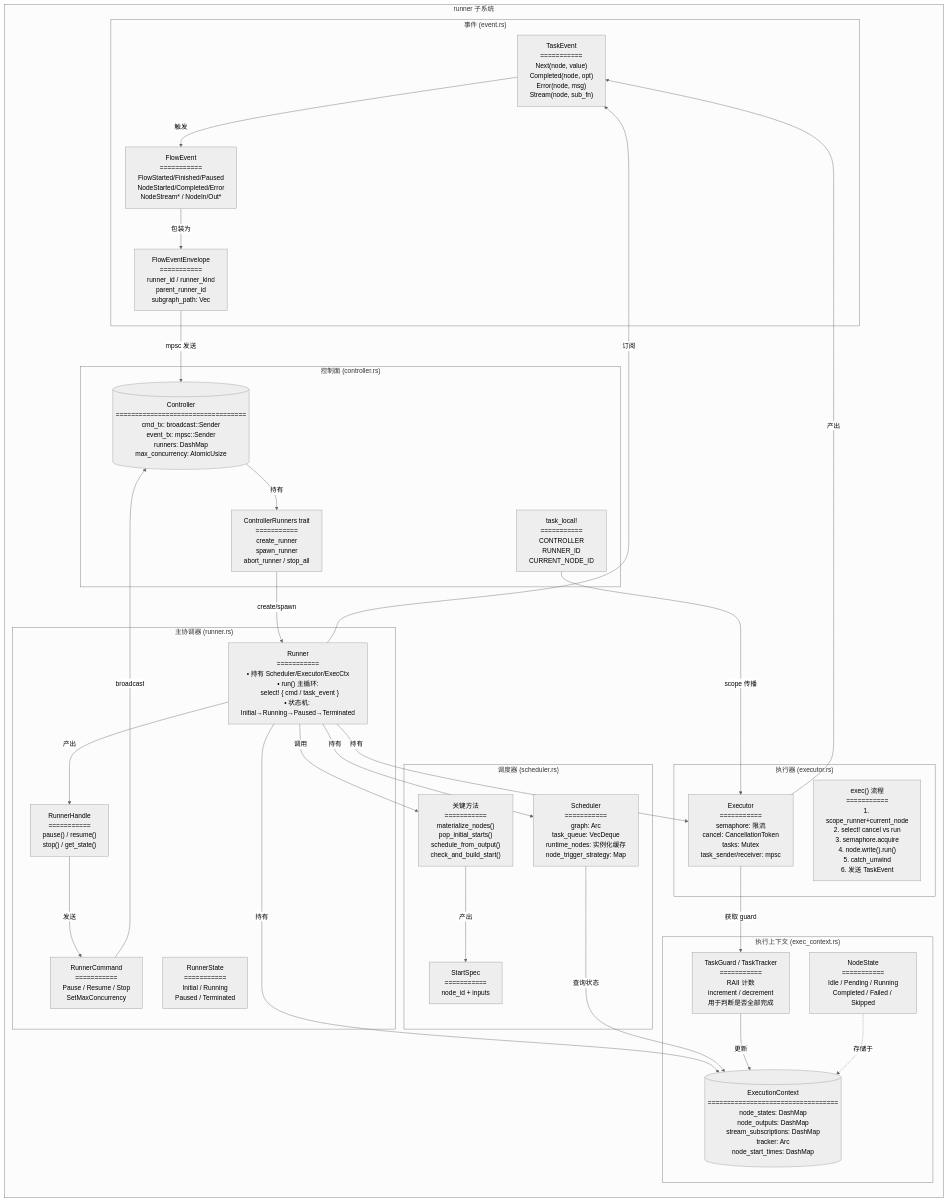
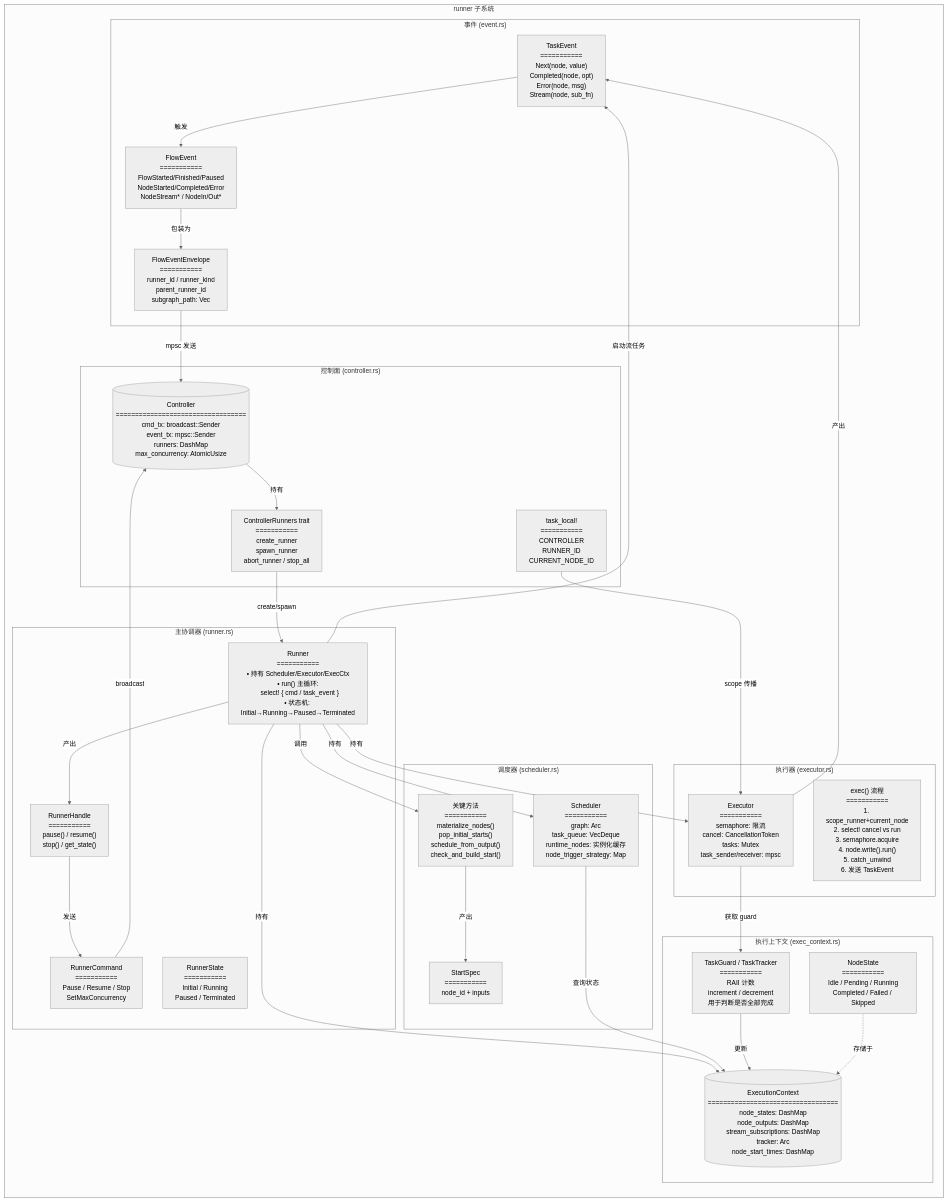
Before and after one commit to lzcers/ksana-flow-rs: the fourth of 7 diagrams in flow/ARCHITECTURE.md, drawn with Mermaid (neutral theme). The commit also changed other lines of this file and 25 other files, not shown here.

````diff
--- a/flow/ARCHITECTURE.md
+++ b/flow/ARCHITECTURE.md
@@ -186,63 +178,63 @@
 ```mermaid
 flowchart TB
     subgraph "runner 子系统"
         direction TB
 
         subgraph "控制面 (controller.rs)"
             Controller[("Controller<br/>==================================<br/>cmd_tx: broadcast::Sender<br/>event_tx: mpsc::Sender<br/>runners: DashMap<RunnerId, RunnerRecord><br/>max_concurrency: AtomicUsize")]
             CtrlRunners["ControllerRunners trait<br/>===========<br/>create_runner<br/>spawn_runner<br/>abort_runner / stop_all"]
             TaskLocal["task_local!<br/>===========<br/>CONTROLLER<br/>RUNNER_ID<br/>CURRENT_NODE_ID"]
         end
 
         subgraph "主协调器 (runner.rs)"
             Runner["Runner<br/>===========<br/>• 持有 Scheduler/Executor/ExecCtx<br/>• run() 主循环:<br/>  select! { cmd / task_event }<br/>• 状态机: Initial→Running→Paused→Terminated"]
             Handle["RunnerHandle<br/>===========<br/>pause() / resume()<br/>stop() / get_state()"]
             RunnerState["RunnerState<br/>===========<br/>Initial / Running<br/>Paused / Terminated"]
             RunnerCmd["RunnerCommand<br/>===========<br/>Pause / Resume / Stop<br/>SetMaxConcurrency"]
         end
 
         subgraph "调度器 (scheduler.rs)"
             Scheduler["Scheduler<br/>===========<br/>graph: Arc<Graph><br/>task_queue: VecDeque<br/>runtime_nodes: 实例化缓存<br/>node_trigger_strategy: Map"]
             SchedFns["关键方法<br/>===========<br/>materialize_nodes()<br/>pop_initial_starts()<br/>schedule_from_output()<br/>check_and_build_start()"]
             StartSpec["StartSpec<br/>===========<br/>node_id + inputs"]
         end
 
         subgraph "执行器 (executor.rs)"
             Executor["Executor<br/>===========<br/>semaphore: 限流<br/>cancel: CancellationToken<br/>tasks: Mutex<JoinSet><br/>task_sender/receiver: mpsc"]
             ExecFlow["exec() 流程<br/>===========<br/>1. scope_runner+current_node<br/>2. select! cancel vs run<br/>3. semaphore.acquire<br/>4. node.write().run()<br/>5. catch_unwind<br/>6. 发送 TaskEvent"]
         end
 
         subgraph "执行上下文 (exec_context.rs)"
             ExecCtx[("ExecutionContext<br/>==================================<br/>node_states: DashMap<br/>node_outputs: DashMap<br/>stream_subscriptions: DashMap<br/>tracker: Arc<TaskTracker><br/>node_start_times: DashMap")]
             NodeState["NodeState<br/>===========<br/>Idle / Pending / Running<br/>Completed / Failed / Skipped"]
             TaskGuard["TaskGuard / TaskTracker<br/>===========<br/>RAII 计数<br/>increment / decrement<br/>用于判断是否全部完成"]
         end
 
         subgraph "事件 (event.rs)"
             TaskEvt["TaskEvent<br/>===========<br/>Next(node, value)<br/>Completed(node, opt)<br/>Error(node, msg)<br/>Stream(node, sub_fn)"]
             FlowEvt["FlowEvent<br/>===========<br/>FlowStarted/Finished/Paused<br/>NodeStarted/Completed/Error<br/>NodeStream* / NodeIn/Out*"]
             Envelope["FlowEventEnvelope<br/>===========<br/>runner_id / runner_kind<br/>parent_runner_id<br/>subgraph_path: Vec<SubgraphFrame>"]
         end
     end
 
     Controller -->|持有| CtrlRunners
     CtrlRunners -->|create/spawn| Runner
     Runner -->|持有| Scheduler
     Runner -->|持有| Executor
     Runner -->|持有| ExecCtx
     Runner -->|产出| Handle
     Handle -->|发送| RunnerCmd
     RunnerCmd -->|broadcast| Controller
-    Runner -->|订阅| TaskEvt
+    Runner -->|启动流任务| TaskEvt
     Executor -->|产出| TaskEvt
     TaskEvt -->|触发| FlowEvt
     FlowEvt -->|包装为| Envelope
     Envelope -->|mpsc 发送| Controller
     Runner -->|调用| SchedFns
     SchedFns -->|产出| StartSpec
     Scheduler -->|查询状态| ExecCtx
     Executor -->|获取 guard| TaskGuard
     TaskGuard -->|更新| ExecCtx
     NodeState -.->|存储于| ExecCtx
     TaskLocal -->|scope 传播| Executor
 ```
````
